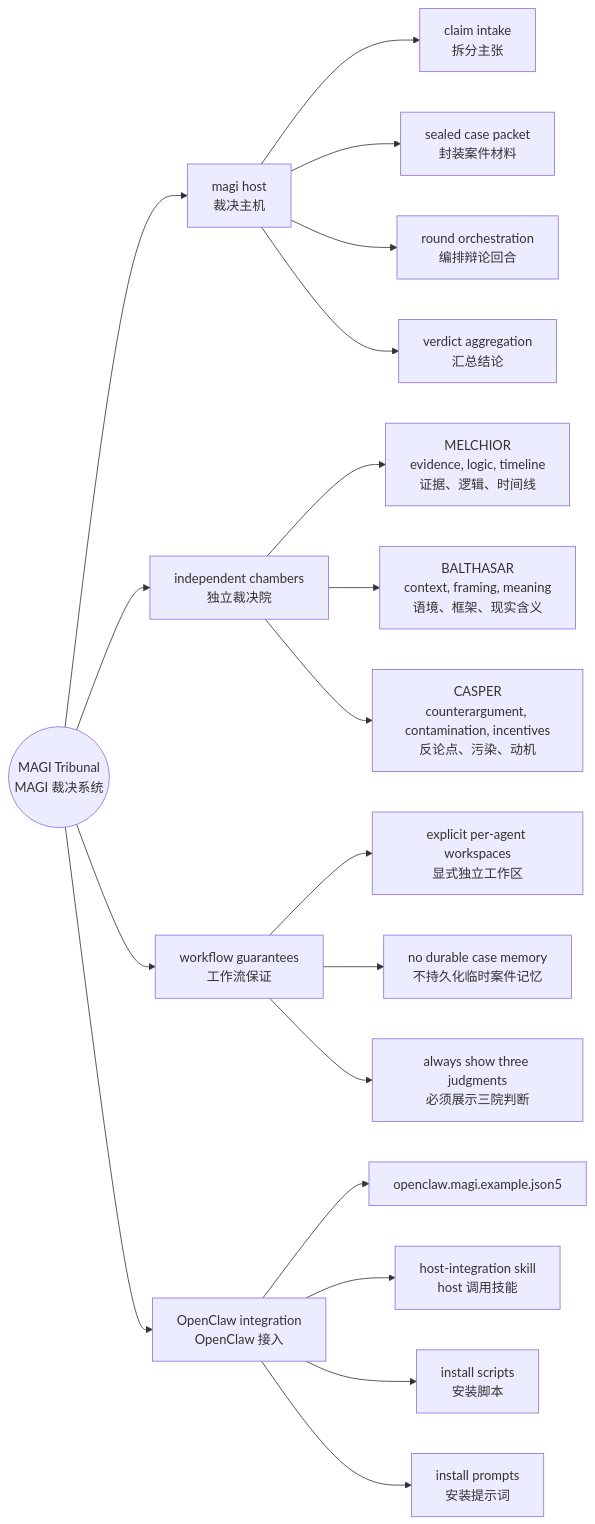
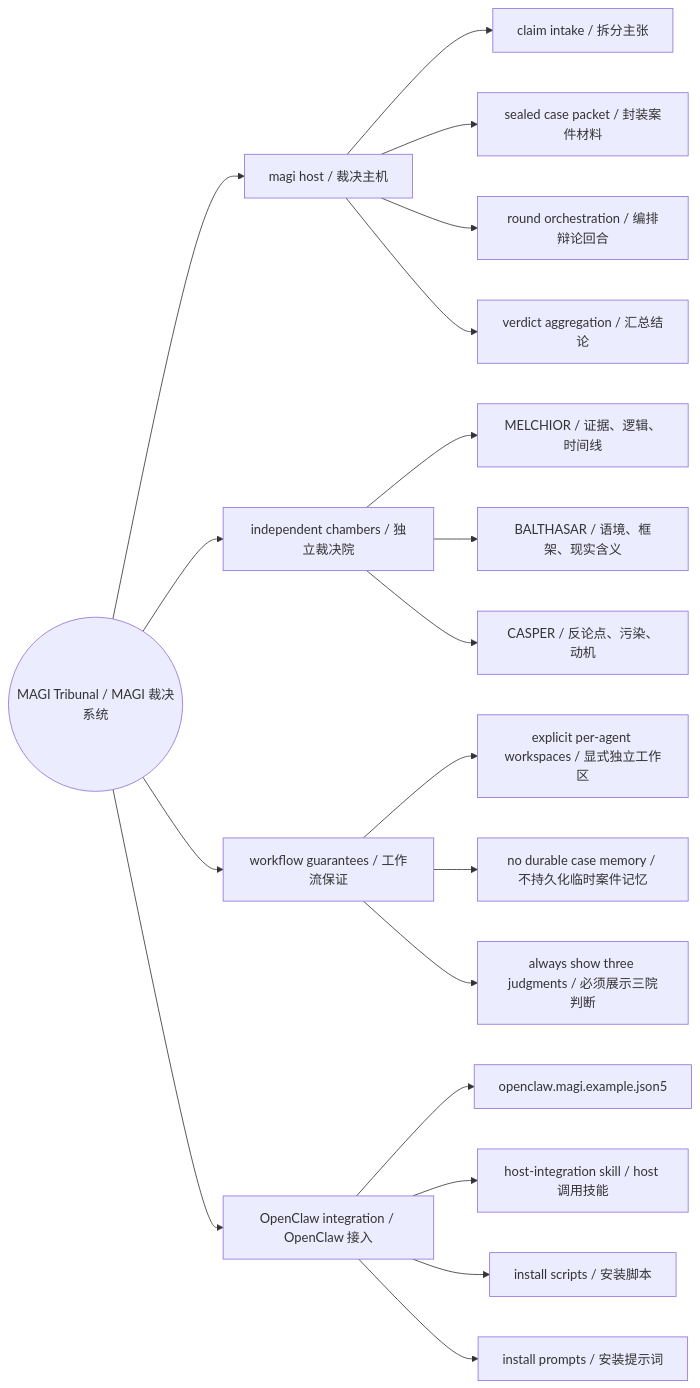
The first of 3 diagrams in README.md (LagrangeNSS/openclaw-magi-tribunal), drawn with Mermaid before and after one commit. The commit also changed other lines of this file, not shown here.

````diff
--- a/README.md
+++ b/README.md
@@ -40,26 +40,26 @@
 ```mermaid
 flowchart LR
-    R(("MAGI Tribunal<br/>MAGI 裁决系统"))
+    R(("MAGI Tribunal / MAGI 裁决系统"))
 
-    R --> H["magi host<br/>裁决主机"]
-    H --> H1["claim intake<br/>拆分主张"]
-    H --> H2["sealed case packet<br/>封装案件材料"]
-    H --> H3["round orchestration<br/>编排辩论回合"]
-    H --> H4["verdict aggregation<br/>汇总结论"]
+    R --> H["magi host / 裁决主机"]
+    H --> H1["claim intake / 拆分主张"]
+    H --> H2["sealed case packet / 封装案件材料"]
+    H --> H3["round orchestration / 编排辩论回合"]
+    H --> H4["verdict aggregation / 汇总结论"]
 
-    R --> C["independent chambers<br/>独立裁决院"]
-    C --> C1["MELCHIOR<br/>evidence, logic, timeline<br/>证据、逻辑、时间线"]
-    C --> C2["BALTHASAR<br/>context, framing, meaning<br/>语境、框架、现实含义"]
-    C --> C3["CASPER<br/>counterargument, contamination, incentives<br/>反论点、污染、动机"]
+    R --> C["independent chambers / 独立裁决院"]
+    C --> C1["MELCHIOR / 证据、逻辑、时间线"]
+    C --> C2["BALTHASAR / 语境、框架、现实含义"]
+    C --> C3["CASPER / 反论点、污染、动机"]
 
-    R --> G["workflow guarantees<br/>工作流保证"]
-    G --> G1["explicit per-agent workspaces<br/>显式独立工作区"]
-    G --> G2["no durable case memory<br/>不持久化临时案件记忆"]
-    G --> G3["always show three judgments<br/>必须展示三院判断"]
+    R --> G["workflow guarantees / 工作流保证"]
+    G --> G1["explicit per-agent workspaces / 显式独立工作区"]
+    G --> G2["no durable case memory / 不持久化临时案件记忆"]
+    G --> G3["always show three judgments / 必须展示三院判断"]
 
-    R --> I["OpenClaw integration<br/>OpenClaw 接入"]
+    R --> I["OpenClaw integration / OpenClaw 接入"]
     I --> I1["openclaw.magi.example.json5"]
-    I --> I2["host-integration skill<br/>host 调用技能"]
-    I --> I3["install scripts<br/>安装脚本"]
-    I --> I4["install prompts<br/>安装提示词"]
+    I --> I2["host-integration skill / host 调用技能"]
+    I --> I3["install scripts / 安装脚本"]
+    I --> I4["install prompts / 安装提示词"]
 ```
````
